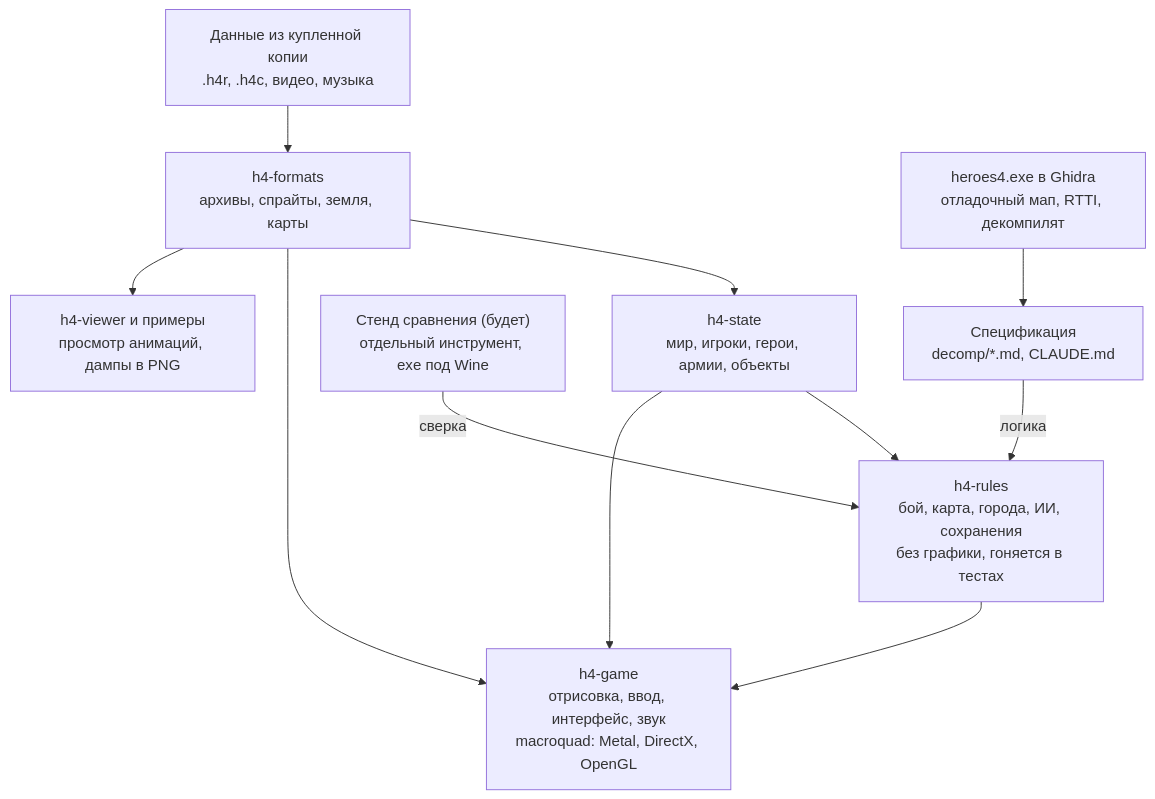
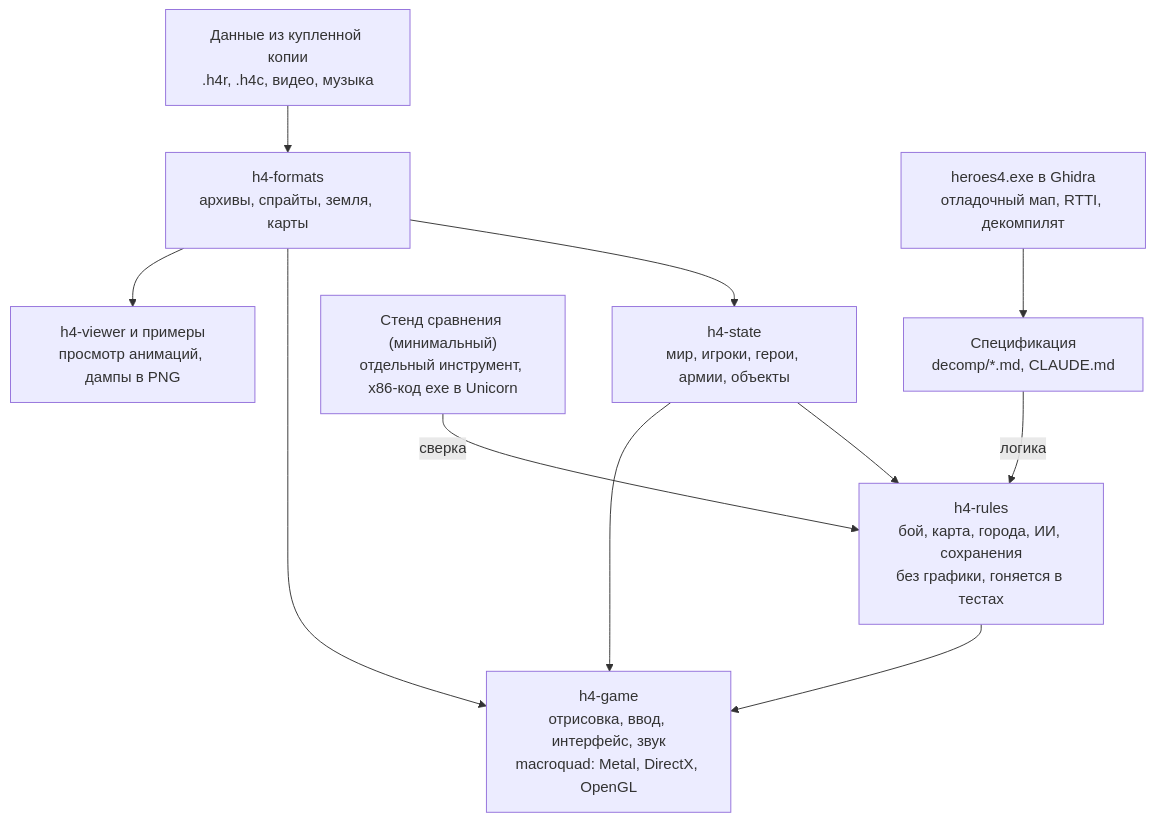
Before and after one commit to demen1n/h4r: the diagram in PLAN.md, drawn with Mermaid. The commit also changed other lines of this file and 8 other files, not shown here.

Commit message:
Add original-exe comparison bench for RNG and damage

````diff
--- a/PLAN.md
+++ b/PLAN.md
@@ -43,13 +43,13 @@
 ```mermaid
 flowchart TD
     data["Данные из купленной копии<br/>.h4r, .h4c, видео, музыка"] --> formats["h4-formats<br/>архивы, спрайты, земля, карты"]
     exe["heroes4.exe в Ghidra<br/>отладочный мап, RTTI, декомпилят"] --> spec["Спецификация<br/>decomp/*.md, CLAUDE.md"]
     formats --> state["h4-state<br/>мир, игроки, герои, армии, объекты"]
     state --> rules["h4-rules<br/>бой, карта, города, ИИ, сохранения<br/>без графики, гоняется в тестах"]
     spec -- логика --> rules
-    bench["Стенд сравнения (будет)<br/>отдельный инструмент, exe под Wine"] -- сверка --> rules
+    bench["Стенд сравнения (минимальный)<br/>отдельный инструмент, x86-код exe в Unicorn"] -- сверка --> rules
     rules --> game["h4-game<br/>отрисовка, ввод, интерфейс, звук<br/>macroquad: Metal, DirectX, OpenGL"]
     formats --> game
     state --> game
     formats --> tools["h4-viewer и примеры<br/>просмотр анимаций, дампы в PNG"]
 ```
````
